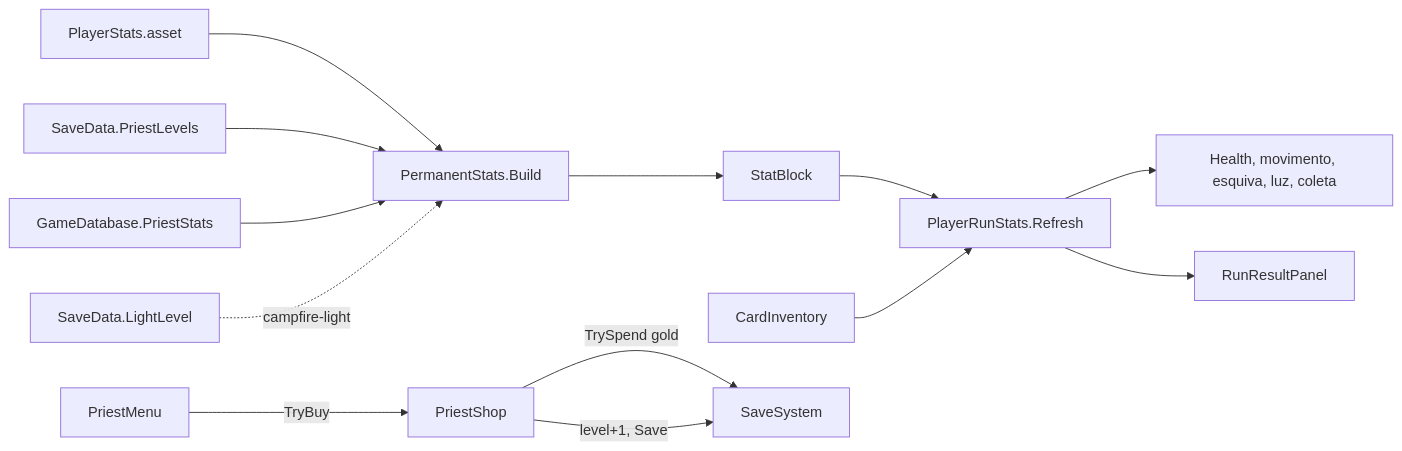
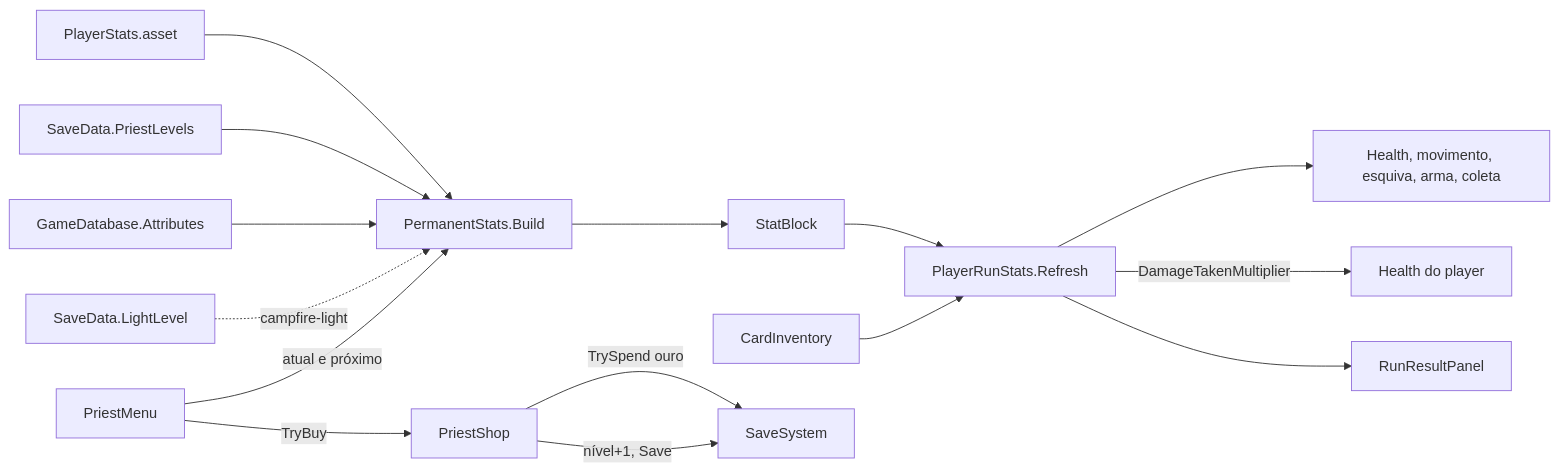
Before and after one commit to victorhenrique07/last-wick: the diagram in .specs/features/priest-stats/design.md, drawn with Mermaid. The commit also changed other lines of this file and 3 other files, not shown here.

````diff
--- a/.specs/features/priest-stats/design.md
+++ b/.specs/features/priest-stats/design.md
@@ -21,16 +22,18 @@
 ```mermaid
 flowchart LR
     PS[PlayerStats.asset] --> PM[PermanentStats.Build]
     SD[SaveData.PriestLevels] --> PM
-    DB[GameDatabase.PriestStats] --> PM
+    DB[GameDatabase.Attributes] --> PM
     LL[SaveData.LightLevel] -.campfire-light.-> PM
     PM --> SB[StatBlock]
     SB --> PRS[PlayerRunStats.Refresh]
     CI[CardInventory] --> PRS
-    PRS --> RUN[Health, movimento, esquiva, luz, coleta]
+    PRS --> RUN[Health, movimento, esquiva, arma, coleta]
+    PRS -- DamageTakenMultiplier --> H[Health do player]
     PRS --> RES[RunResultPanel]
 
     M[PriestMenu] -- TryBuy --> SH[PriestShop]
-    SH -- TrySpend gold --> S[SaveSystem]
-    SH -- level+1, Save --> S
+    SH -- TrySpend ouro --> S[SaveSystem]
+    SH -- nível+1, Save --> S
+    M -- atual e próximo --> PM
 ```
````
